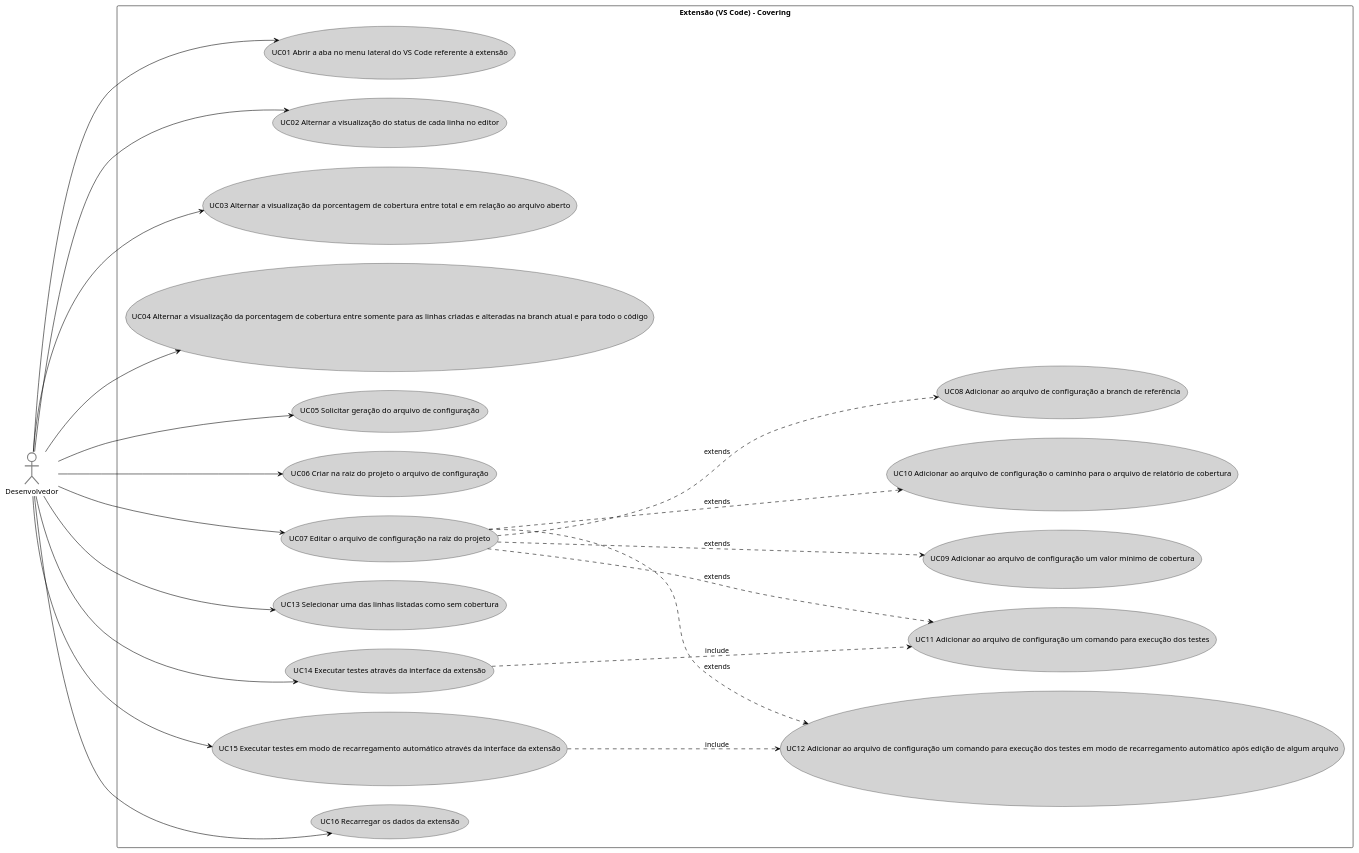
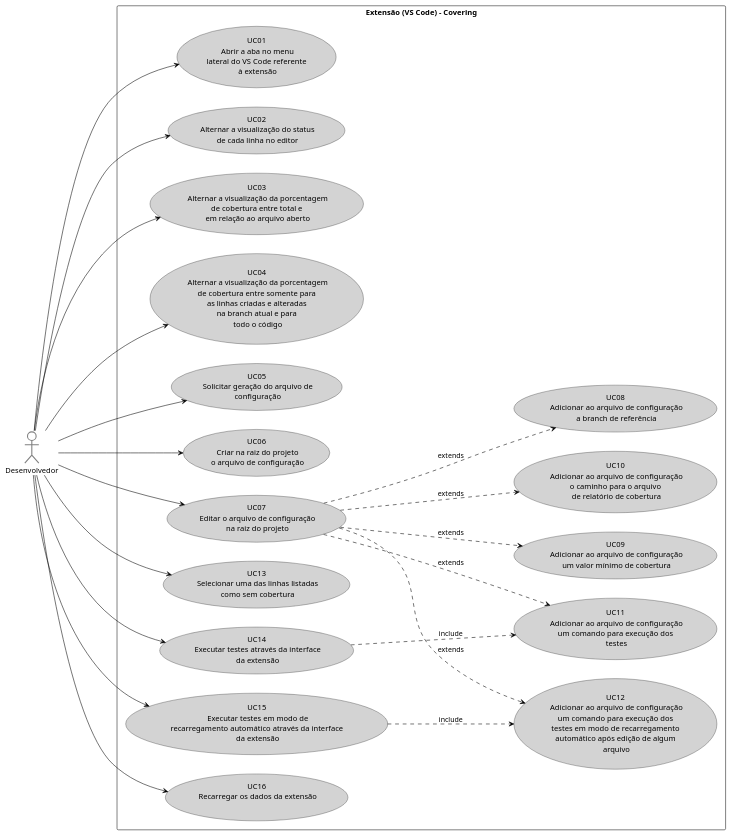
One commit to ICEI-PUC-Minas-PPLES-TI/plf-es-2022-1-tcci-5308100-dev-arthur-rocha-guilherme-oliveira changed the diagram in Artefatos/Diagrama de Caso de Uso/user-case-diagram.plantuml. Above: the diagram before and after it, drawn with PlantUML. The commit also changed 2 other files, not shown here.

Commit message:
docs: update use case diagram width

```diff
--- a/Artefatos/Diagrama de Caso de Uso/user-case-diagram.plantuml
+++ b/Artefatos/Diagrama de Caso de Uso/user-case-diagram.plantuml
@@ -1,59 +1,59 @@
 @startuml
 
 left to right direction
 skinparam packageStyle rectangle
 
 "Desenvolvedor" as Dev #white;line:grey;line.bold;text:black
 
 package "Extensão (VS Code) - Covering" {
-  "UC01 Abrir a aba no menu lateral do VS Code referente à extensão" as (UC01) #LightGray;line:black;text:black
+  "UC01\n Abrir a aba no menu\n lateral do VS Code referente \n à extensão" as (UC01) #LightGray;line:black;text:black
   
-  "UC02 Alternar a visualização do status de cada linha no editor" as (UC02) #LightGray;line:black;text:black
-  "UC03 Alternar a visualização da porcentagem de cobertura entre total e em relação ao arquivo aberto" as (UC03) #LightGray;line:black;text:black
-  "UC04 Alternar a visualização da porcentagem de cobertura entre somente para as linhas criadas e alteradas na branch atual e para todo o código" as (UC04) #LightGray;line:black;text:black
+  "UC02\n Alternar a visualização do status\n de cada linha no editor" as (UC02) #LightGray;line:black;text:black
+  "UC03\n Alternar a visualização da porcentagem\n de cobertura entre total e \n em relação ao arquivo aberto" as (UC03) #LightGray;line:black;text:black
+  "UC04\n Alternar a visualização da porcentagem\n de cobertura entre somente para \n as linhas criadas e alteradas \n na branch atual e para \n todo o código" as (UC04) #LightGray;line:black;text:black
   
-  "UC05 Solicitar geração do arquivo de configuração" as (UC05) #LightGray;line:black;text:black
-  "UC06 Criar na raiz do projeto o arquivo de configuração" as (UC06) #LightGray;line:black;text:black
-  "UC07 Editar o arquivo de configuração na raiz do projeto" as (UC07) #LightGray;line:black;text:black
+  "UC05\n Solicitar geração do arquivo de\n configuração" as (UC05) #LightGray;line:black;text:black
+  "UC06\n Criar na raiz do projeto\n o arquivo de configuração" as (UC06) #LightGray;line:black;text:black
+  "UC07\n Editar o arquivo de configuração\n na raiz do projeto" as (UC07) #LightGray;line:black;text:black
   
-  "UC08 Adicionar ao arquivo de configuração a branch de referência" as (UC08) #LightGray;line:black;text:black
-  "UC09 Adicionar ao arquivo de configuração um valor mínimo de cobertura" as (UC09) #LightGray;line:black;text:black
-  "UC10 Adicionar ao arquivo de configuração o caminho para o arquivo de relatório de cobertura" as (UC10) #LightGray;line:black;text:black
-  "UC11 Adicionar ao arquivo de configuração um comando para execução dos testes" as (UC11) #LightGray;line:black;text:black
-  "UC12 Adicionar ao arquivo de configuração um comando para execução dos testes em modo de recarregamento automático após edição de algum arquivo" as (UC12) #LightGray;line:black;text:black
+  "UC08\n Adicionar ao arquivo de configuração\n a branch de referência" as (UC08) #LightGray;line:black;text:black
+  "UC09\n Adicionar ao arquivo de configuração\n um valor mínimo de cobertura" as (UC09) #LightGray;line:black;text:black
+  "UC10\n Adicionar ao arquivo de configuração\n o caminho para o arquivo \n de relatório de cobertura" as (UC10) #LightGray;line:black;text:black
+  "UC11\n Adicionar ao arquivo de configuração\n um comando para execução dos \n testes" as (UC11) #LightGray;line:black;text:black
+  "UC12\n Adicionar ao arquivo de configuração\n um comando para execução dos \n testes em modo de recarregamento \n automático após edição de algum \n arquivo" as (UC12) #LightGray;line:black;text:black
   
-  "UC13 Selecionar uma das linhas listadas como sem cobertura" as (UC13) #LightGray;line:black;text:black
+  "UC13\n Selecionar uma das linhas listadas\n como sem cobertura" as (UC13) #LightGray;line:black;text:black
 
-  "UC14 Executar testes através da interface da extensão" as (UC14) #LightGray;line:black;text:black
-  "UC15 Executar testes em modo de recarregamento automático através da interface da extensão" as (UC15) #LightGray;line:black;text:black
+  "UC14\n Executar testes através da interface\n da extensão" as (UC14) #LightGray;line:black;text:black
+  "UC15\n Executar testes em modo de\n recarregamento automático através da interface \n da extensão" as (UC15) #LightGray;line:black;text:black
 
-  "UC16 Recarregar os dados da extensão" as (UC16) #LightGray;line:black;text:black
+  "UC16\n Recarregar os dados da extensão\n" as (UC16) #LightGray;line:black;text:black
 }
  
 Dev ---> (UC01) #line:black
 
 Dev ---> (UC02) #line:black
 Dev ---> (UC03) #line:black
 Dev ---> (UC04) #line:black
 
 Dev ---> (UC05) #line:black
 Dev ---> (UC06) #line:black
 Dev ---> (UC07) #line:black
 
 (UC07) ..down..> (UC08) #line:black : extends 
 (UC07) ..down..> (UC09) #line:black : extends 
 (UC07) ..down..> (UC10) #line:black : extends 
 (UC07) ..down..> (UC11) #line:black : extends 
 (UC07) ..down..> (UC12) #line:black : extends 
  
  
 Dev ---> (UC13) #line:black
  
 Dev ---> (UC14) #line:black
 Dev ---> (UC15) #line:black
 (UC14) ..down..> (UC11) #line:black : include  
 (UC15) ..down..> (UC12) #line:black : include 
  
 Dev ---> (UC16) #line:black
  
 @enduml
```
